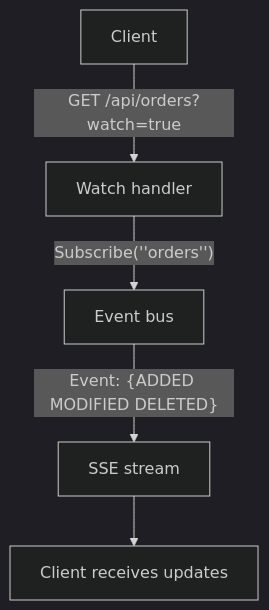
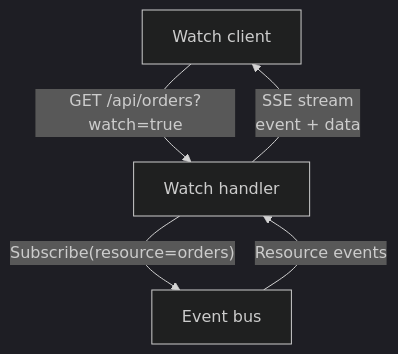
One commit to pergus/api-server changed diagram 13 of 23 in BOOK.md. Above: the diagram before and after it, drawn with Mermaid (dark theme). The commit also changed other lines of this file, not shown here.

Commit message:
Fixed Listing/Figure numbering

````diff
--- a/BOOK.md
+++ b/BOOK.md
@@ -8372,7 +8378,7 @@
 ```mermaid
 flowchart TD
-    Client["Client"] -->|"GET /api/orders?watch=true"| Handler["Watch handler"]
-    Handler -->|"Subscribe(''orders'')"| Bus["Event bus"]
-    Bus -->|"Event: {ADDED MODIFIED DELETED}"| SSE["SSE stream"]
-    SSE --> Updates["Client receives updates"]
+    Client["Watch client"] -->|"GET /api/orders?watch=true"| Handler["Watch handler"]
+    Handler -->|"Subscribe(resource=orders)"| Bus["Event bus"]
+    Bus -->|"Resource events"| Handler
+    Handler -->|"SSE stream<br/>event + data"| Client
 ```
````
